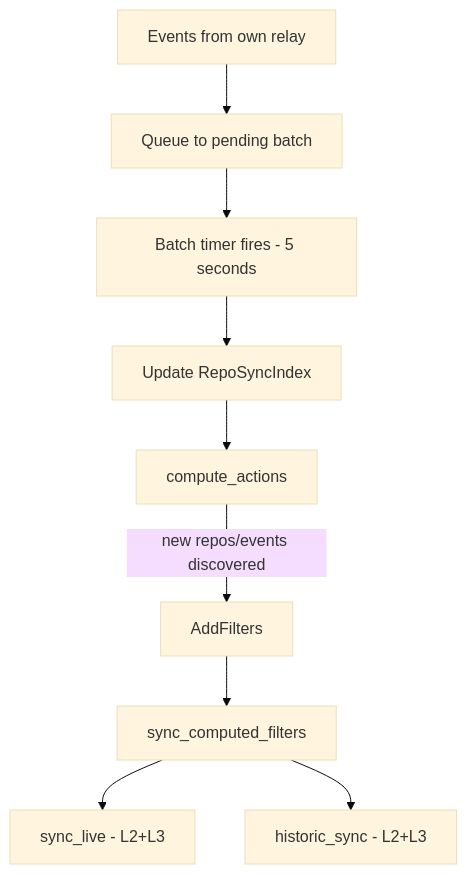
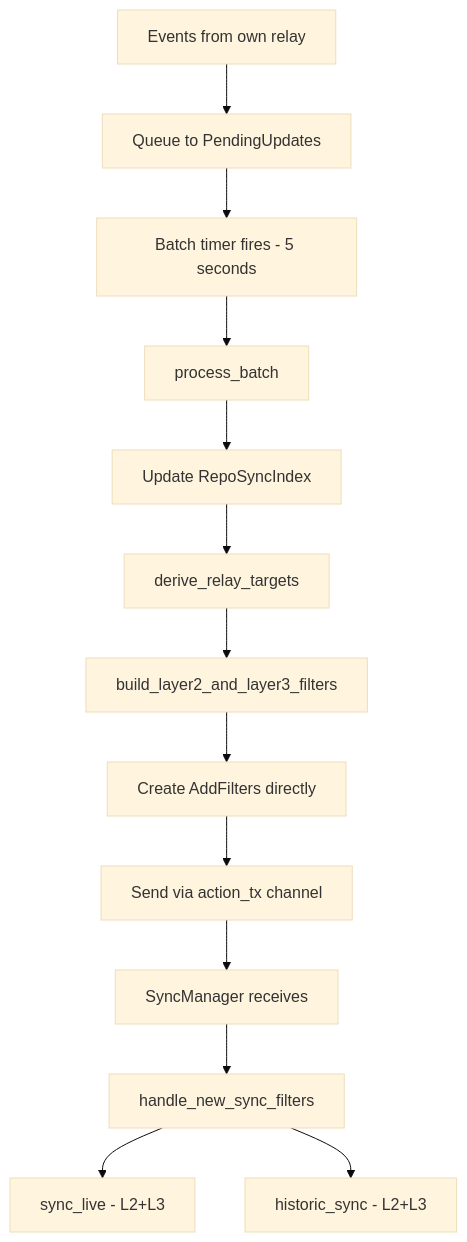
The tenth of 12 diagrams in docs/explanation/grasp-02-proactive-sync.md (Pleb5/ngit-grasp), drawn with Mermaid (base theme) before and after one commit. The commit also changed other lines of this file, not shown here.

Commit message:
docs: sync updates to reflect changes

````diff
--- a/docs/explanation/grasp-02-proactive-sync.md
+++ b/docs/explanation/grasp-02-proactive-sync.md
@@ -420,11 +470,15 @@
 ```mermaid
 flowchart TB
-    EVENTS[Events from own relay] --> QUEUE[Queue to pending batch]
+    EVENTS[Events from own relay] --> QUEUE[Queue to PendingUpdates]
     QUEUE --> TIMER[Batch timer fires - 5 seconds]
-    TIMER --> UPDATE[Update RepoSyncIndex]
-    UPDATE --> CA[compute_actions]
-    CA --> |new repos/events discovered| AF[AddFilters]
-    AF --> SFRE[sync_computed_filters]
-    SFRE --> LIVE[sync_live - L2+L3]
-    SFRE --> HIST[historic_sync - L2+L3]
+    TIMER --> PB[process_batch]
+    PB --> UPDATE[Update RepoSyncIndex]
+    UPDATE --> DRT[derive_relay_targets]
+    DRT --> BUILD[build_layer2_and_layer3_filters]
+    BUILD --> AF[Create AddFilters directly]
+    AF --> CHAN[Send via action_tx channel]
+    CHAN --> RX[SyncManager receives]
+    RX --> HNSF[handle_new_sync_filters]
+    HNSF --> LIVE[sync_live - L2+L3]
+    HNSF --> HIST[historic_sync - L2+L3]
 ```
````
